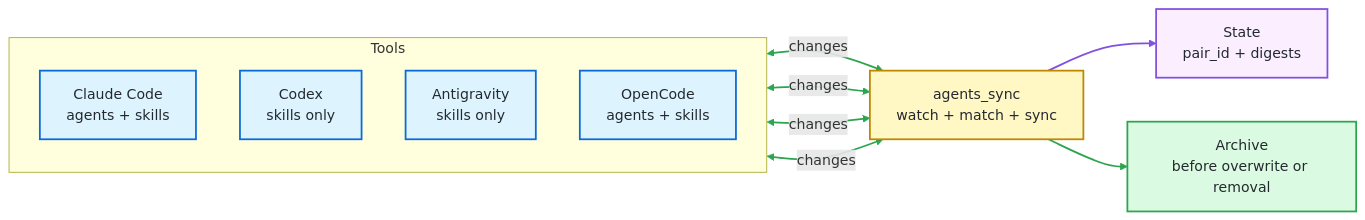
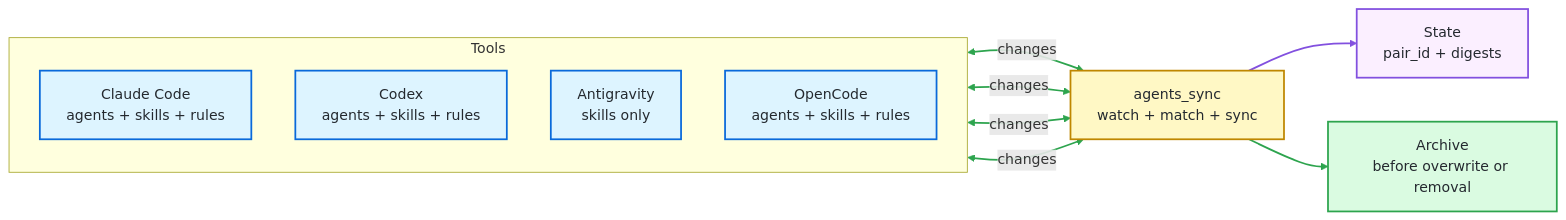
Before and after one commit to cognitivesand/agents_sync: the diagram in README.md, drawn with Mermaid. The commit also changed other lines of this file and 20 other files, not shown here.

````diff
--- a/README.md
+++ b/README.md
@@ -61,35 +63,35 @@
 ```mermaid
 flowchart LR
     subgraph Tools["Tools"]
         direction TB
-        Claude["Claude Code<br/>agents + skills"]
-        Codex["Codex<br/>skills only"]
+        Claude["Claude Code<br/>agents + skills + rules"]
+        Codex["Codex<br/>agents + skills + rules"]
         Antigravity["Antigravity<br/>skills only"]
-        Opencode["OpenCode<br/>agents + skills"]
+        Opencode["OpenCode<br/>agents + skills + rules"]
     end
 
     Sync["agents_sync<br/>watch + match + sync"]
     State["State<br/>pair_id + digests"]
     Archive["Archive<br/>before overwrite or removal"]
 
     Claude <-->|changes| Sync
     Codex <-->|changes| Sync
     Antigravity <-->|changes| Sync
     Opencode <-->|changes| Sync
     Sync --> State
     Sync --> Archive
 
     classDef side fill:#ddf4ff,stroke:#0969da,stroke-width:2px,color:#24292f
     classDef sync fill:#fff8c5,stroke:#bf8700,stroke-width:2px,color:#24292f
     classDef state fill:#fbefff,stroke:#8250df,stroke-width:2px,color:#24292f
     classDef archive fill:#dafbe1,stroke:#2da44e,stroke-width:2px,color:#24292f
 
     class Claude,Codex,Antigravity,Opencode side
     class Sync sync
     class State state
     class Archive archive
 
     linkStyle 0,1,2,3 stroke:#2da44e,stroke-width:2px
     linkStyle 4 stroke:#8250df,stroke-width:2px
     linkStyle 5 stroke:#2da44e,stroke-width:2px
 ```
````
